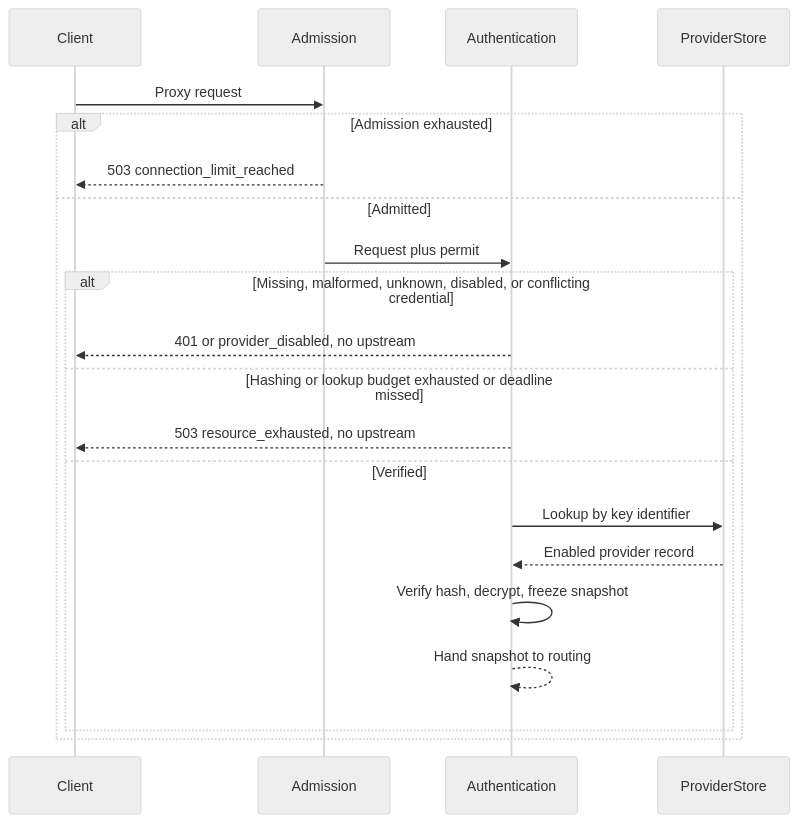
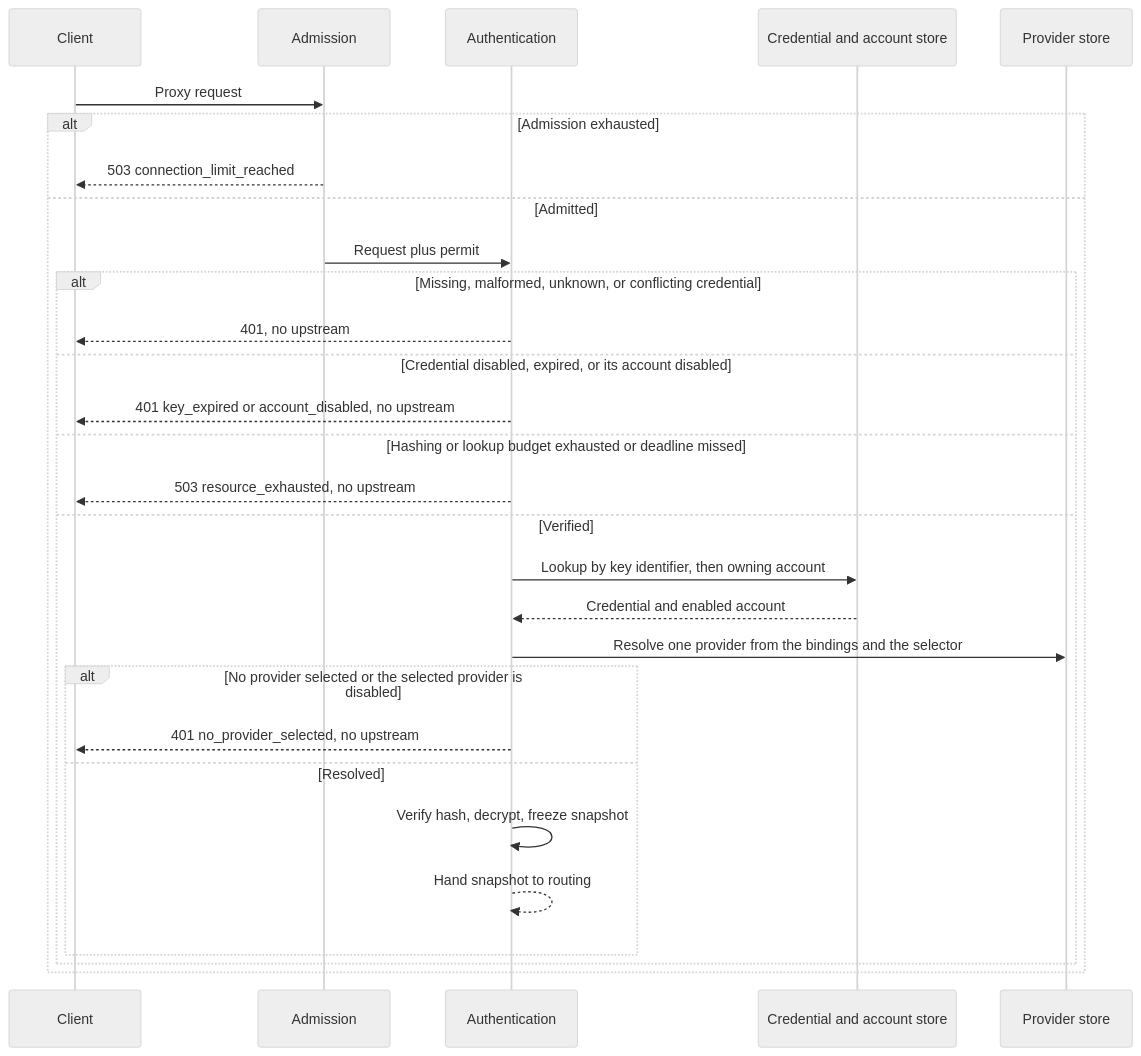
One commit to sequencestream/tokenstream changed the diagram in doc/modules/authentication.md. Above: the diagram before and after it, drawn with Mermaid (neutral theme). The commit also changed other lines of this file and 64 other files, not shown here.

````diff
--- a/doc/modules/authentication.md
+++ b/doc/modules/authentication.md
@@ -17,24 +19,32 @@
 ```mermaid
 sequenceDiagram
     participant C as Client
     participant Adm as Admission
     participant A as Authentication
-    participant S as ProviderStore
+    participant S as Credential and account store
+    participant P as Provider store
 
     C->>Adm: Proxy request
     alt Admission exhausted
         Adm-->>C: 503 connection_limit_reached
     else Admitted
         Adm->>A: Request plus permit
-        alt Missing, malformed, unknown, disabled, or conflicting credential
-            A-->>C: 401 or provider_disabled, no upstream
+        alt Missing, malformed, unknown, or conflicting credential
+            A-->>C: 401, no upstream
+        else Credential disabled, expired, or its account disabled
+            A-->>C: 401 key_expired or account_disabled, no upstream
         else Hashing or lookup budget exhausted or deadline missed
             A-->>C: 503 resource_exhausted, no upstream
         else Verified
-            A->>S: Lookup by key identifier
-            S-->>A: Enabled provider record
-            A->>A: Verify hash, decrypt, freeze snapshot
-            A-->>A: Hand snapshot to routing
+            A->>S: Lookup by key identifier, then owning account
+            S-->>A: Credential and enabled account
+            A->>P: Resolve one provider from the bindings and the selector
+            alt No provider selected or the selected provider is disabled
+                A-->>C: 401 no_provider_selected, no upstream
+            else Resolved
+                A->>A: Verify hash, decrypt, freeze snapshot
+                A-->>A: Hand snapshot to routing
+            end
         end
     end
 ```
````
